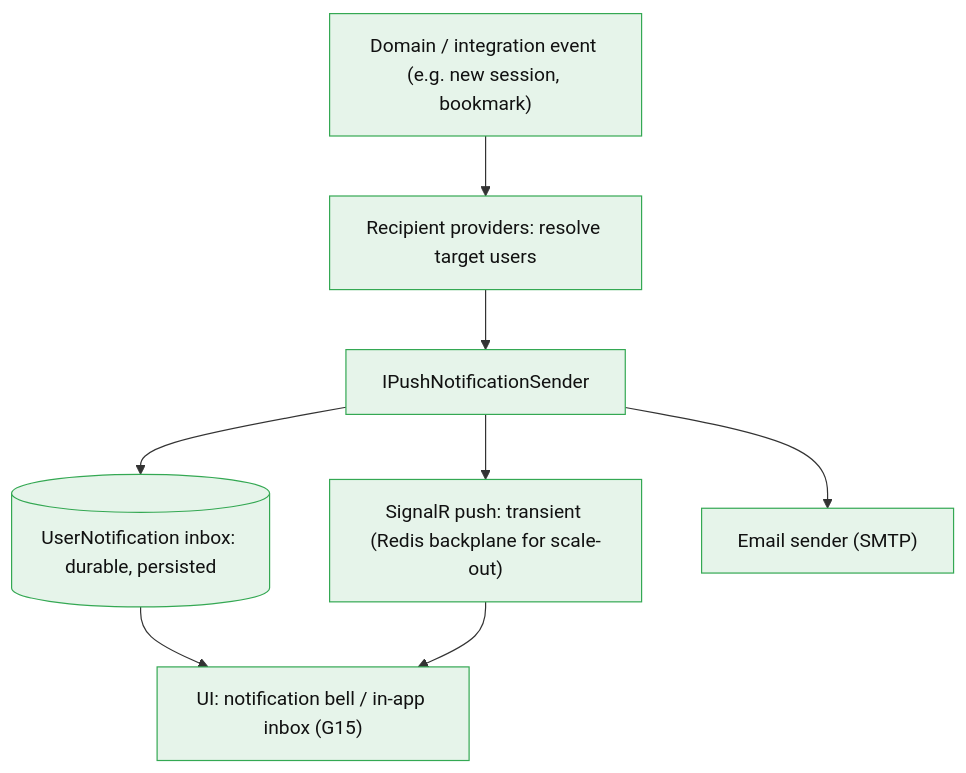
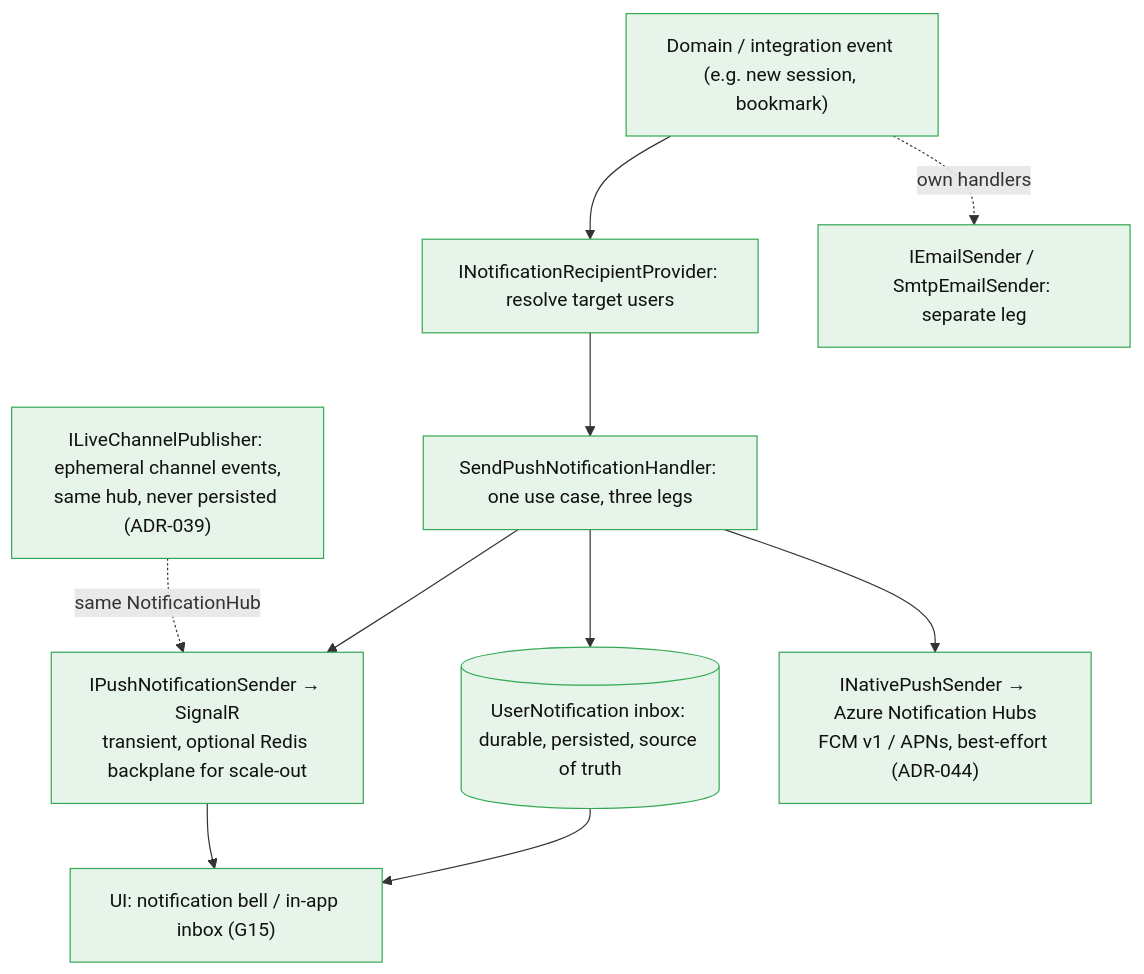
The tenth of 15 diagrams in docs-src/onboarding/CONCEPT-MAPS.md (ivanball/ivanball.github.io), drawn with Mermaid before and after one commit. The commit also changed other lines of this file and 15 other files, not shown here.

````diff
--- a/docs-src/onboarding/CONCEPT-MAPS.md
+++ b/docs-src/onboarding/CONCEPT-MAPS.md
@@ -463,20 +524,24 @@
 ```mermaid
 flowchart TD
     SRC["Domain / integration event (e.g. new session, bookmark)"]
-    RP["Recipient providers: resolve target users"]
-    SENDER["IPushNotificationSender"]
-    DURABLE[("UserNotification inbox: durable, persisted")]
-    PUSH["SignalR push: transient (Redis backplane for scale-out)"]
-    EMAIL["Email sender (SMTP)"]
+    RP["INotificationRecipientProvider: resolve target users"]
+    UC["SendPushNotificationHandler: one use case, three legs"]
+    DURABLE[("UserNotification inbox: durable, persisted, source of truth")]
+    PUSH["IPushNotificationSender → SignalR<br/>transient, optional Redis backplane for scale-out"]
+    NATIVE["INativePushSender → Azure Notification Hubs<br/>FCM v1 / APNs, best-effort (ADR-044)"]
+    LIVE["ILiveChannelPublisher: ephemeral channel events,<br/>same hub, never persisted (ADR-039)"]
+    EMAIL["IEmailSender / SmtpEmailSender: separate leg"]
     UIBELL["UI: notification bell / in-app inbox (G15)"]
 
-    SRC --> RP --> SENDER
-    SENDER --> DURABLE
-    SENDER --> PUSH
-    SENDER --> EMAIL
+    SRC --> RP --> UC
+    UC --> DURABLE
+    UC --> PUSH
+    UC --> NATIVE
+    SRC -.->|"own handlers"| EMAIL
+    LIVE -.->|"same NotificationHub"| PUSH
     DURABLE --> UIBELL
     PUSH --> UIBELL
 
     classDef n fill:#e6f4ea,stroke:#34a853,color:#111
-    class SRC,RP,SENDER,DURABLE,PUSH,EMAIL,UIBELL n
+    class SRC,RP,UC,DURABLE,PUSH,NATIVE,LIVE,EMAIL,UIBELL n
 ```
````
